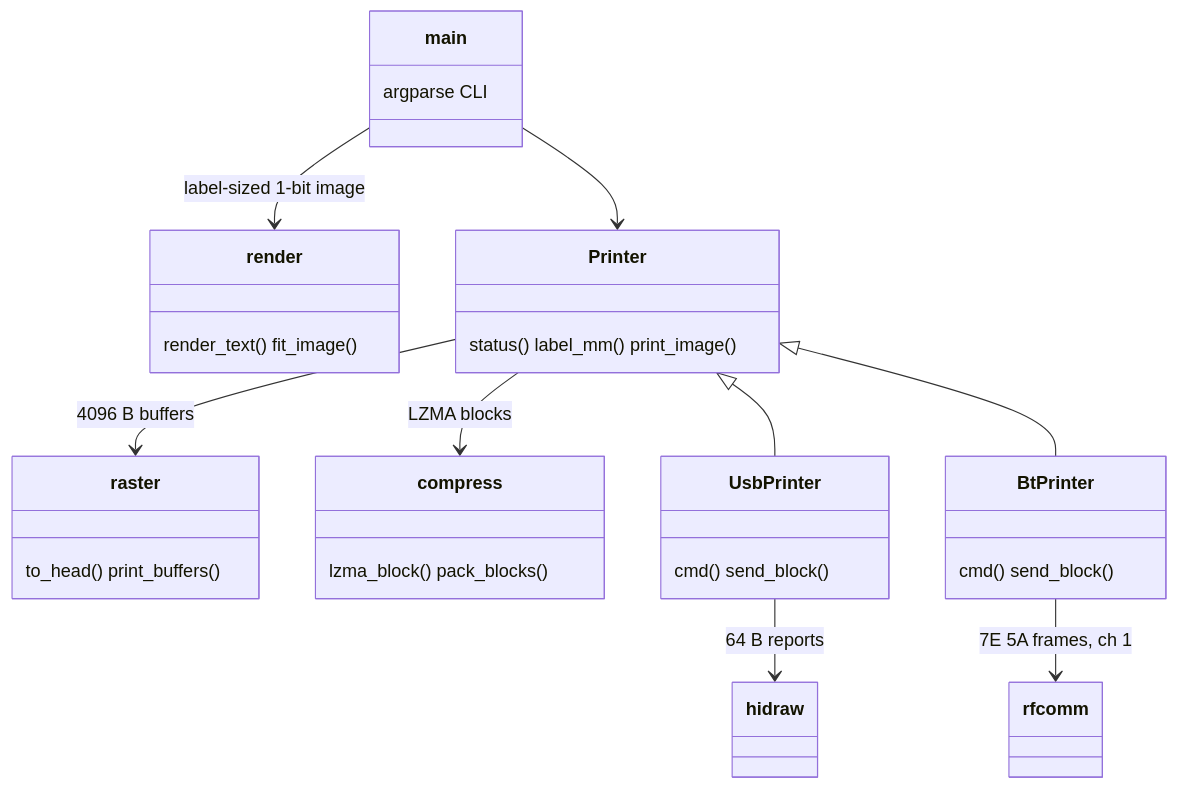
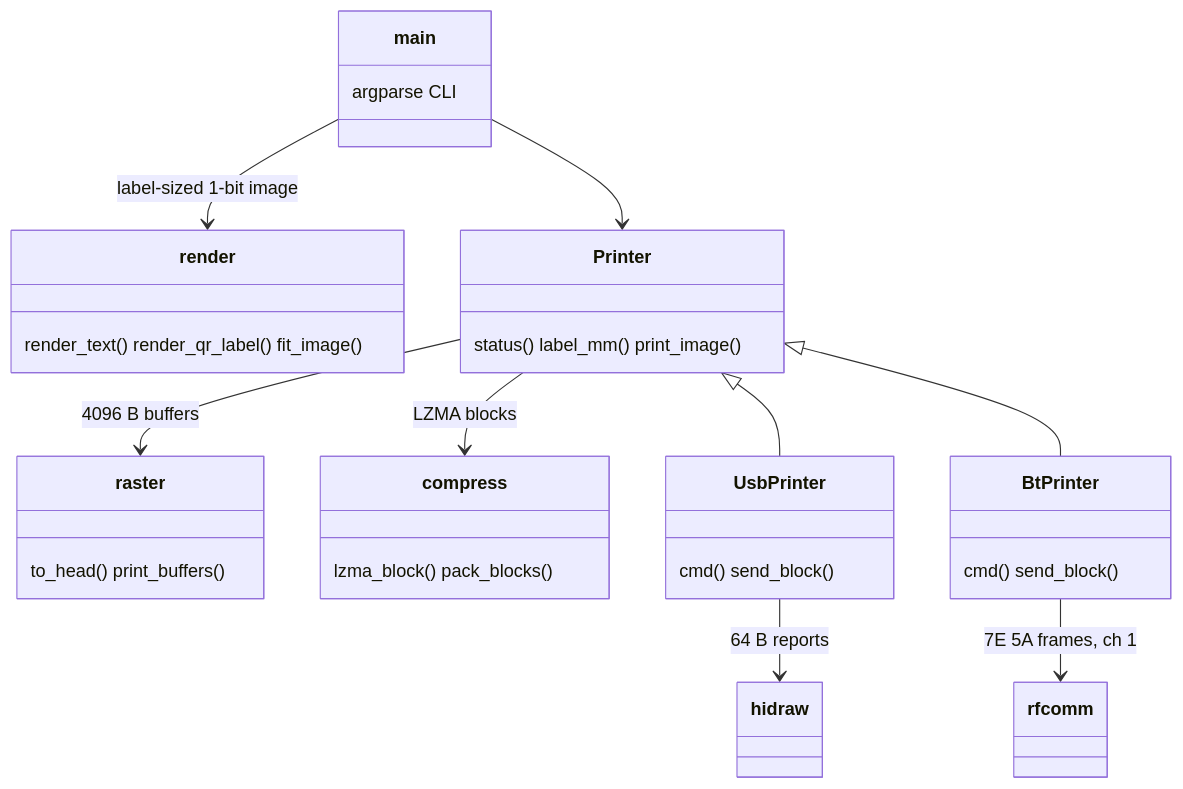
The diagram in README.md (tmpk13/thermal-printer-py), drawn with Mermaid before and after one commit. The commit also changed other lines of this file and 5 other files, not shown here.

````diff
--- a/README.md
+++ b/README.md
@@ -31,18 +33,18 @@
 ```mermaid
 classDiagram
     class main { argparse CLI }
-    class render { render_text() fit_image() }
+    class render { render_text() render_qr_label() fit_image() }
     class raster { to_head() print_buffers() }
     class compress { lzma_block() pack_blocks() }
     class Printer { status() label_mm() print_image() }
     class UsbPrinter { cmd() send_block() }
     class BtPrinter { cmd() send_block() }
     main --> render : label-sized 1-bit image
     main --> Printer
     Printer <|-- UsbPrinter
     Printer <|-- BtPrinter
     Printer --> raster : 4096 B buffers
     Printer --> compress : LZMA blocks
     UsbPrinter --> hidraw : 64 B reports
     BtPrinter --> rfcomm : 7E 5A frames, ch 1
 ```
````
